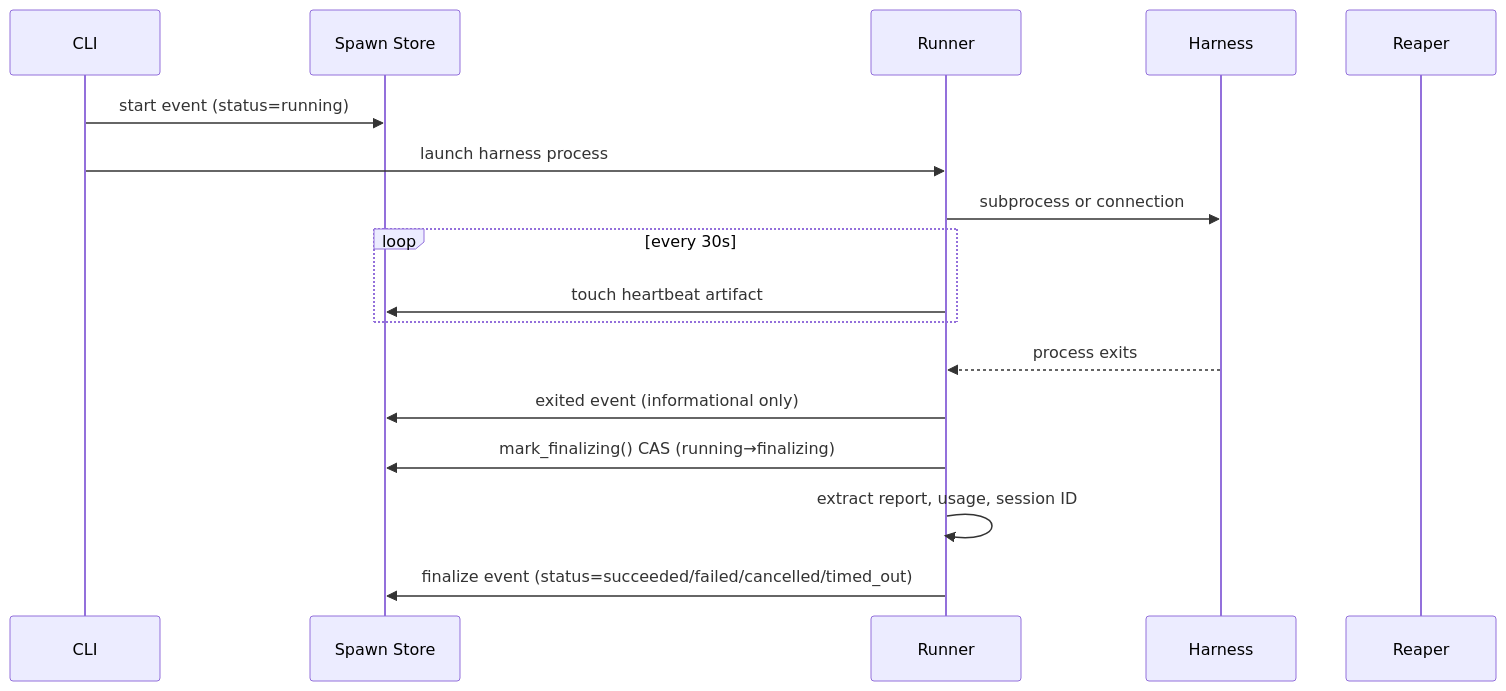
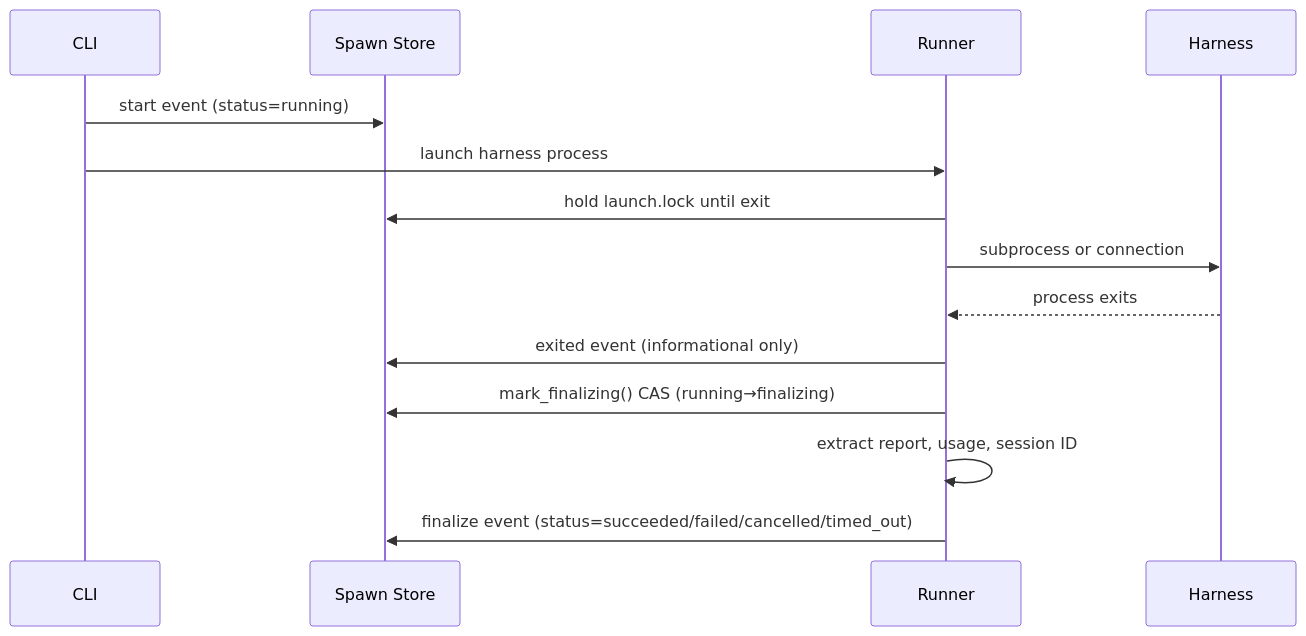
Before and after one commit to haowjy/meridian-cli-kb: the second of 2 diagrams in kb/concepts/spawn-lifecycle.md, drawn with Mermaid. The commit also changed other lines of this file and 4 other files, not shown here.

````diff
--- a/kb/concepts/spawn-lifecycle.md
+++ b/kb/concepts/spawn-lifecycle.md
@@ -137,20 +136,17 @@
 ```mermaid
 sequenceDiagram
     participant CLI
     participant SpawnStore as Spawn Store
     participant Runner
     participant Harness
-    participant Reaper
 
     CLI->>SpawnStore: start event (status=running)
     CLI->>Runner: launch harness process
+    Runner->>SpawnStore: hold launch.lock until exit
     Runner->>Harness: subprocess or connection
-    loop every 30s
-        Runner->>SpawnStore: touch heartbeat artifact
-    end
     Harness-->>Runner: process exits
     Runner->>SpawnStore: exited event (informational only)
     Runner->>SpawnStore: mark_finalizing() CAS (running→finalizing)
     Runner->>Runner: extract report, usage, session ID
     Runner->>SpawnStore: finalize event (status=succeeded/failed/cancelled/timed_out)
 ```
````
